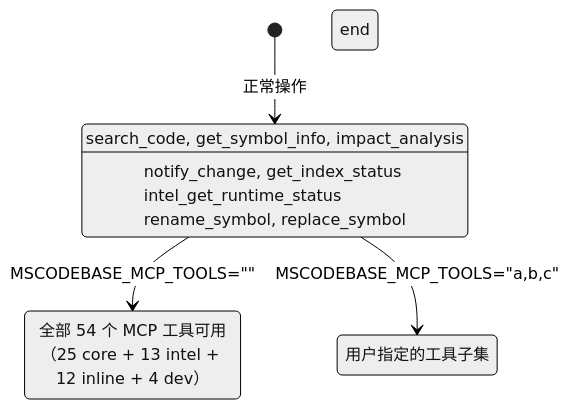
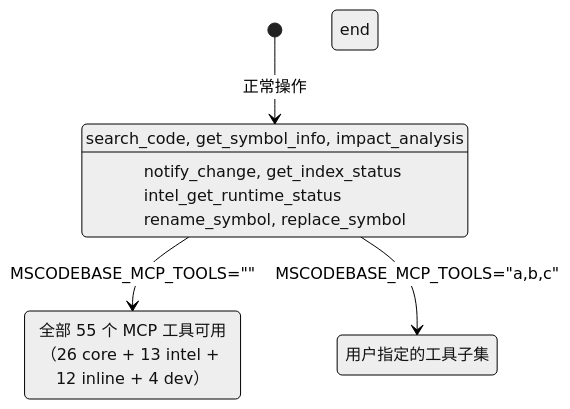
One commit to ManSio/mscodebase-intelligence changed the third of 4 diagrams in docs/zh/GRACEFUL_DEGRADATION.md. Above: the diagram before and after it, drawn with Mermaid (neutral theme). The commit also changed 33 other files, not shown here.

````diff
--- a/docs/zh/GRACEFUL_DEGRADATION.md
+++ b/docs/zh/GRACEFUL_DEGRADATION.md
@@ -83,22 +83,22 @@
 ```mermaid
 stateDiagram-v2
     [*] --> DEFAULT_TOOLS: 正常操作
 
     state DEFAULT_TOOLS[可见: 12 个工具]
         DEFAULT_TOOLS: search_code, get_symbol_info, impact_analysis
         DEFAULT_TOOLS: notify_change, get_index_status
         DEFAULT_TOOLS: intel_get_runtime_status
         DEFAULT_TOOLS: rename_symbol, replace_symbol
     end
 
     DEFAULT_TOOLS --> ALL_TOOLS: MSCODEBASE_MCP_TOOLS=""
     DEFAULT_TOOLS --> CUSTOM_TOOLS: MSCODEBASE_MCP_TOOLS="a,b,c"
 
-    state ALL_TOOLS[可见: 54 个工具]
-        ALL_TOOLS: 全部 54 个 MCP 工具可用（25 core + 13 intel + 12 inline + 4 dev）
+    state ALL_TOOLS[可见: 55 个工具]
+        ALL_TOOLS: 全部 55 个 MCP 工具可用（26 core + 13 intel + 12 inline + 4 dev）
     end
 
     state CUSTOM_TOOLS[自定义选择]
         CUSTOM_TOOLS: 用户指定的工具子集
     end
 ```
````
